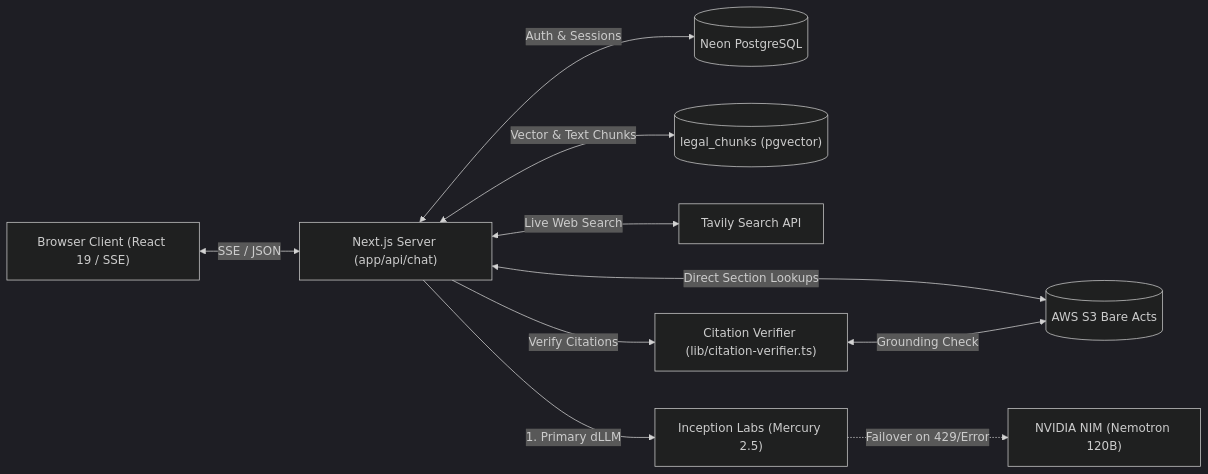
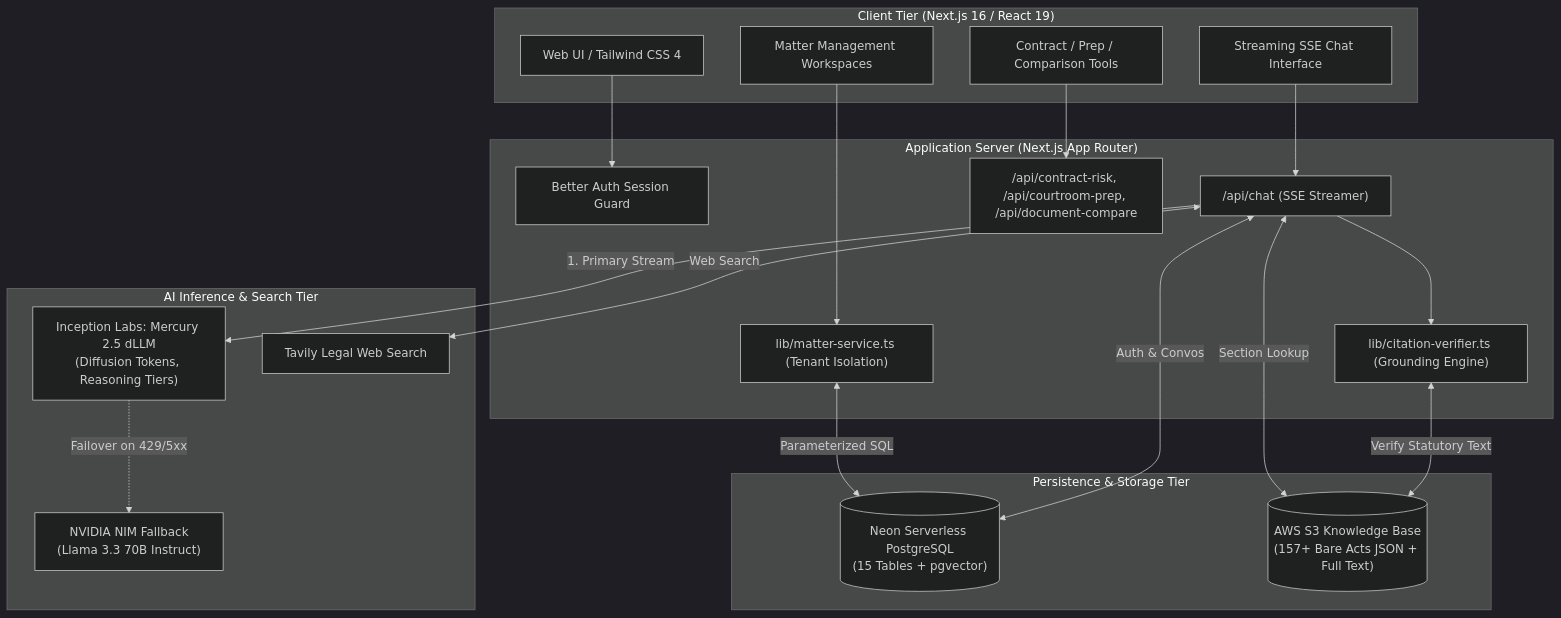
One commit to Pratyushhhx01/LawBite changed the diagram in README.md. Above: the diagram before and after it, drawn with Mermaid (dark theme). The commit also changed other lines of this file and 29 other files, not shown here.

````diff
--- a/README.md
+++ b/README.md
@@ -85,15 +112,44 @@
 ```mermaid
-flowchart LR
-    Client["Browser Client (React 19 / SSE)"] <-->|"SSE / JSON"| AppServer["Next.js Server (app/api/chat)"]
+flowchart TD
+    subgraph Client["Client Tier (Next.js 16 / React 19)"]
+        UI["Web UI / Tailwind CSS 4"]
+        Chat["Streaming SSE Chat Interface"]
+        Matters["Matter Management Workspaces"]
+        Tools["Contract / Prep / Comparison Tools"]
+    end
+
+    subgraph Server["Application Server (Next.js App Router)"]
+        AuthMiddleware["Better Auth Session Guard"]
+        ChatRoute["/api/chat (SSE Streamer)"]
+        MatterService["lib/matter-service.ts (Tenant Isolation)"]
+        CitationEngine["lib/citation-verifier.ts (Grounding Engine)"]
+        LegalTools["/api/contract-risk, /api/courtroom-prep, /api/document-compare"]
+    end
+
+    subgraph Data["Persistence & Storage Tier"]
+        NeonDB[("Neon Serverless PostgreSQL\n(15 Tables + pgvector)")]
+        S3Storage[("AWS S3 Knowledge Base\n(157+ Bare Acts JSON + Full Text)")]
+    end
+
+    subgraph AI["AI Inference & Search Tier"]
+        Inception["Inception Labs: Mercury 2.5 dLLM\n(Diffusion Tokens, Reasoning Tiers)"]
+        Nvidia["NVIDIA NIM Fallback\n(Llama 3.3 70B Instruct)"]
+        Tavily["Tavily Legal Web Search"]
+    end
+
+    UI --> AuthMiddleware
+    Chat --> ChatRoute
+    Matters --> MatterService
+    Tools --> LegalTools
+
+    MatterService <-->|"Parameterized SQL"| NeonDB
+    ChatRoute <-->|"Auth & Convos"| NeonDB
+    ChatRoute <-->|"Section Lookup"| S3Storage
+    ChatRoute <-->|"Web Search"| Tavily
+
+    ChatRoute -->|"1. Primary Stream"| Inception
+    Inception -.->|"Failover on 429/5xx"| Nvidia
     
-    AppServer <-->|"Auth & Sessions"| NeonDB[("Neon PostgreSQL")]
-    AppServer <-->|"Direct Section Lookups"| S3[("AWS S3 Bare Acts")]
-    AppServer <-->|"Vector & Text Chunks"| PostgresKB[("legal_chunks (pgvector)")]
-    AppServer <-->|"Live Web Search"| Tavily["Tavily Search API"]
-    
-    AppServer -->|"1. Primary dLLM"| Inception["Inception Labs (Mercury 2.5)"]
-    Inception -.->|"Failover on 429/Error"| Nvidia["NVIDIA NIM (Nemotron 120B)"]
-    
-    AppServer -->|"Verify Citations"| Verifier["Citation Verifier (lib/citation-verifier.ts)"]
-    Verifier <-->|"Grounding Check"| S3
+    ChatRoute --> CitationEngine
+    CitationEngine <-->|"Verify Statutory Text"| S3Storage
 ```
````
